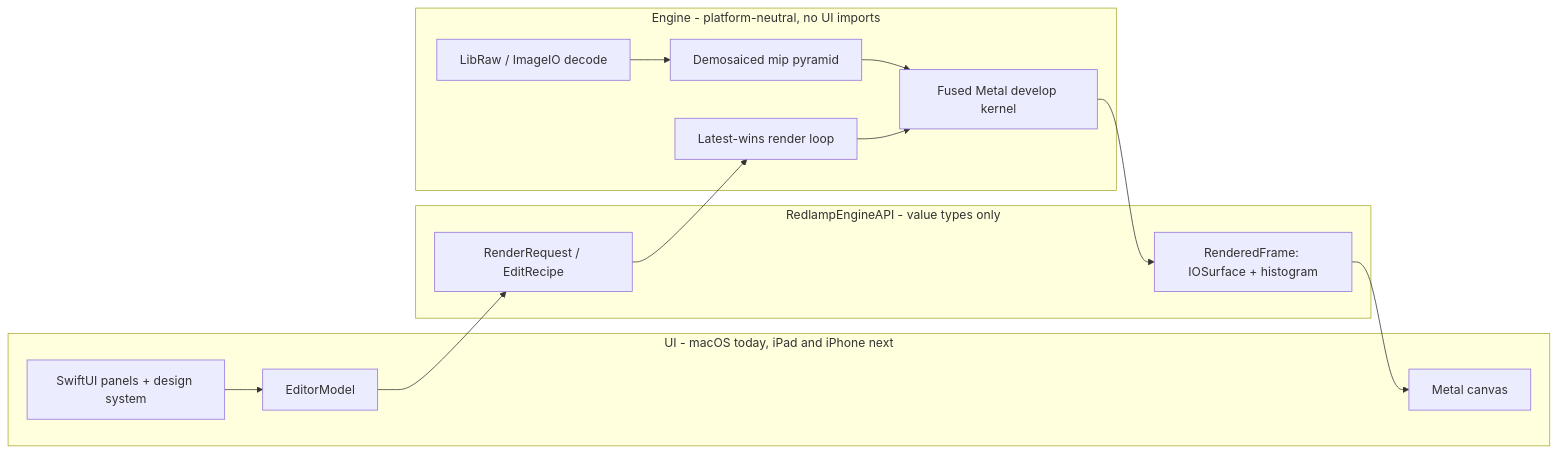
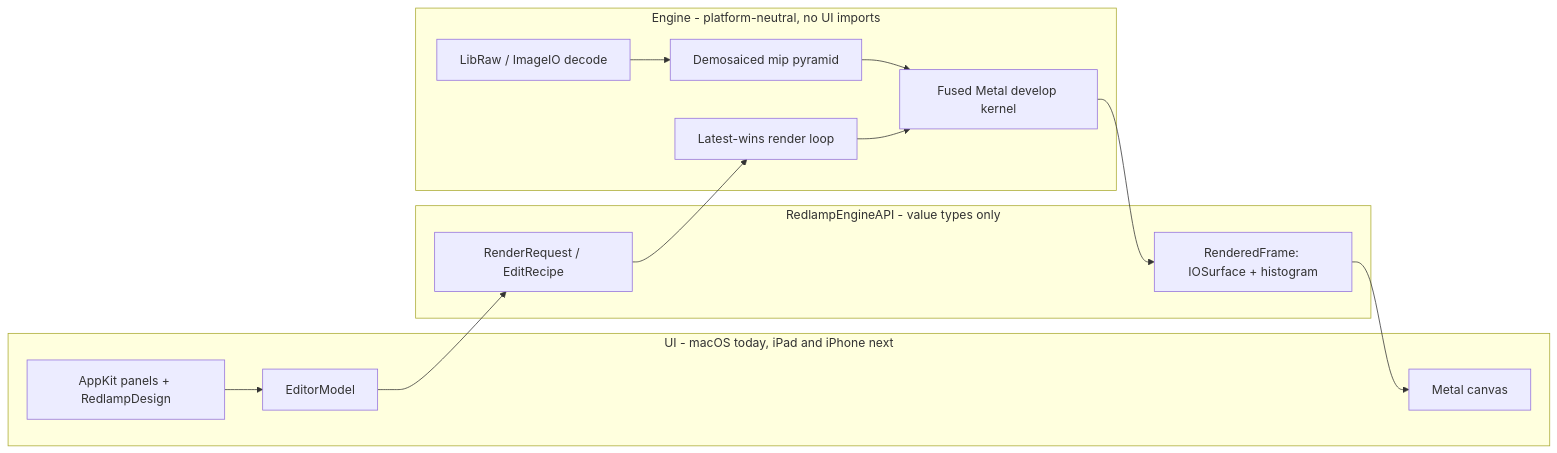
Before and after one commit to pdcgomes/redlamp: the diagram in README.md, drawn with Mermaid. The commit also changed other lines of this file and 55 other files, not shown here.

First line of the commit message:
Port the Basic panel to AppKit and add a component harness

````diff
--- a/README.md
+++ b/README.md
@@ -304,18 +320,18 @@
 ```mermaid
 flowchart LR
     subgraph ui [UI - macOS today, iPad and iPhone next]
-        Views["SwiftUI panels + design system"] --> Model["EditorModel"]
+        Views["AppKit panels + RedlampDesign"] --> Model["EditorModel"]
         Canvas["Metal canvas"]
     end
     subgraph api [RedlampEngineAPI - value types only]
         Req["RenderRequest / EditRecipe"]
         Frame["RenderedFrame: IOSurface + histogram"]
     end
     subgraph engine [Engine - platform-neutral, no UI imports]
         Sched["Latest-wins render loop"] --> Kernels["Fused Metal develop kernel"]
         Pyramid["Demosaiced mip pyramid"] --> Kernels
         Decode["LibRaw / ImageIO decode"] --> Pyramid
     end
     Model --> Req --> Sched
     Kernels --> Frame --> Canvas
 ```
````
